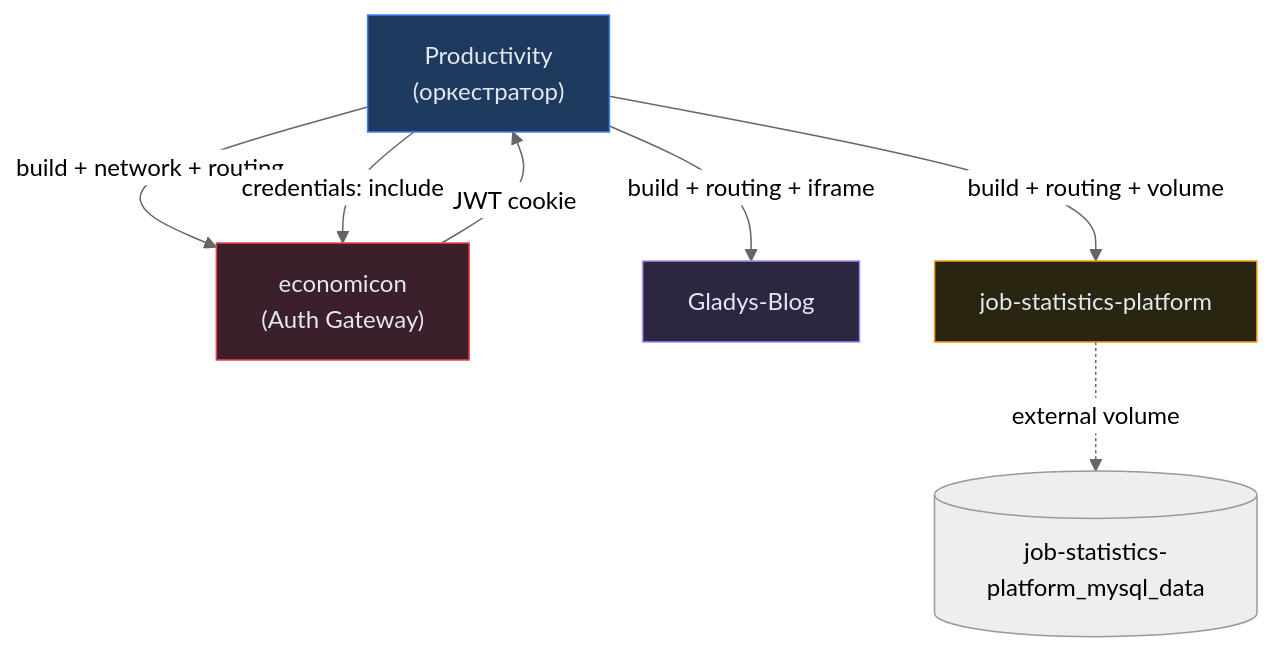
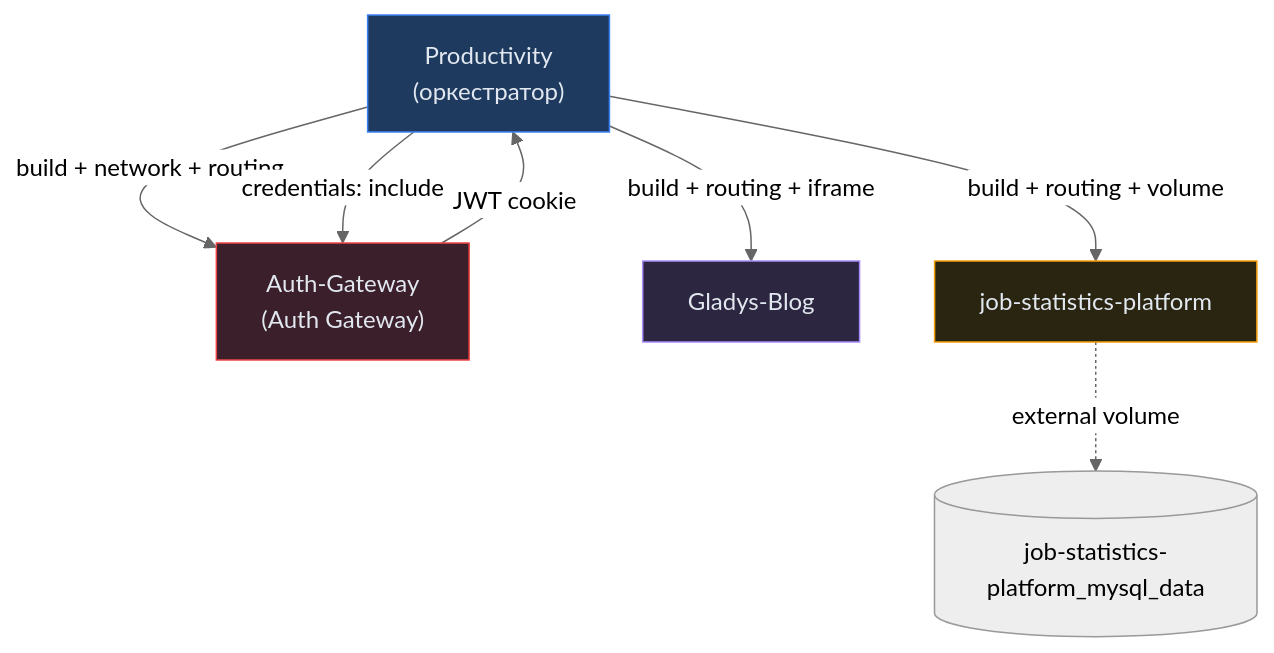
One commit to Finc8888/Dashboard changed diagram 13 of 13 in ARCHITECTURE.md. Above: the diagram before and after it, drawn with Mermaid (neutral theme). The commit also changed other lines of this file and 8 other files, not shown here.

````diff
--- a/ARCHITECTURE.md
+++ b/ARCHITECTURE.md
@@ -557,22 +574,22 @@
 ```mermaid
 flowchart TB
     PROD["Productivity<br/>(оркестратор)"]
 
-    ECON["economicon<br/>(Auth Gateway)"]
+    ECON["Auth-Gateway<br/>(Auth Gateway)"]
     BLOG["Gladys-Blog"]
     JOBS["job-statistics-platform"]
 
     PROD -->|"build + network + routing"| ECON
     PROD -->|"build + routing + iframe"| BLOG
     PROD -->|"build + routing + volume"| JOBS
 
     ECON -->|"JWT cookie"| PROD
     PROD -->|"credentials: include"| ECON
 
     JOBS -.->|"external volume"| JOBS_VOL[("job-statistics-platform_mysql_data")]
 
     style PROD fill:#1e3a5f,stroke:#3b82f6,color:#e2e8f0
     style ECON fill:#3b1f2b,stroke:#ef4444,color:#e2e8f0
     style BLOG fill:#2d2640,stroke:#a78bfa,color:#e2e8f0
     style JOBS fill:#2a2510,stroke:#f59e0b,color:#e2e8f0
 ```
````
